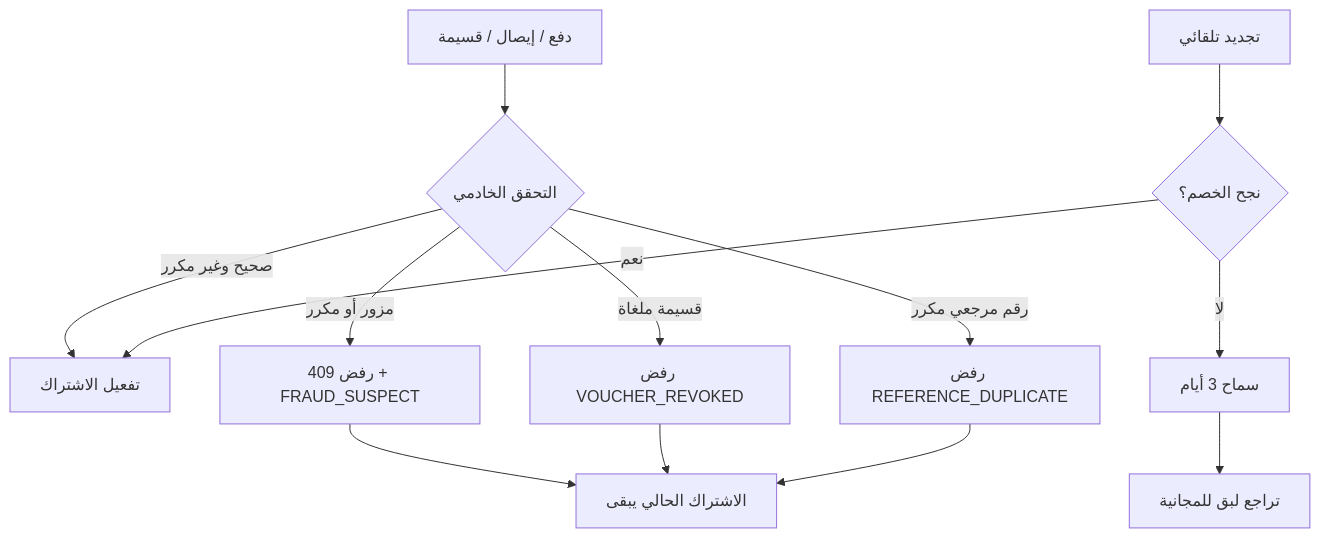
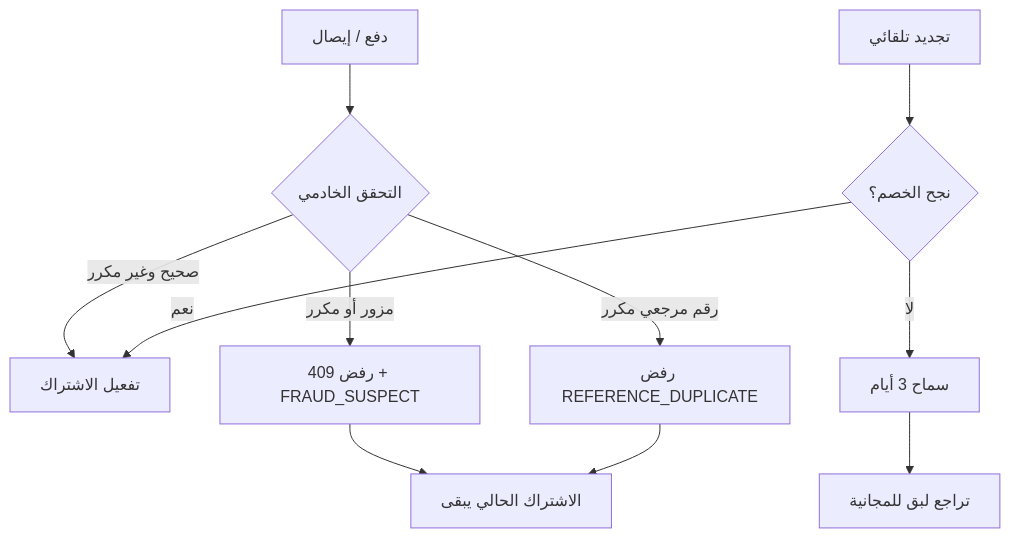
Before and after one commit to Bassam-mohammed-alqaeadi/family-os-v2: the second of 5 diagrams in docs/family-os/governance/phases/phase-1/S1-04-plans-and-subscriptions/SPEC.md, drawn with Mermaid. The commit also changed other lines of this file and 32 other files, not shown here.

````diff
--- a/docs/family-os/governance/phases/phase-1/S1-04-plans-and-subscriptions/SPEC.md
+++ b/docs/family-os/governance/phases/phase-1/S1-04-plans-and-subscriptions/SPEC.md
@@ -74,15 +74,13 @@
 ```mermaid
 flowchart TD
-    Pay[دفع / إيصال / قسيمة] --> Check{التحقق الخادمي}
+    Pay[دفع / إيصال] --> Check{التحقق الخادمي}
     Check -->|صحيح وغير مكرر| Active[تفعيل الاشتراك]
     Check -->|مزور أو مكرر| Fraud[رفض 409 + FRAUD_SUSPECT]
-    Check -->|قسيمة ملغاة| Revoked[رفض VOUCHER_REVOKED]
     Check -->|رقم مرجعي مكرر| Dup[رفض REFERENCE_DUPLICATE]
     Fraud --> Keep[الاشتراك الحالي يبقى]
-    Revoked --> Keep
     Dup --> Keep
     Renew[تجديد تلقائي] --> Fail{نجح الخصم؟}
     Fail -->|لا| Grace[سماح 3 أيام]
     Fail -->|نعم| Active
     Grace --> Down[تراجع لبق للمجانية]
 ```
````
